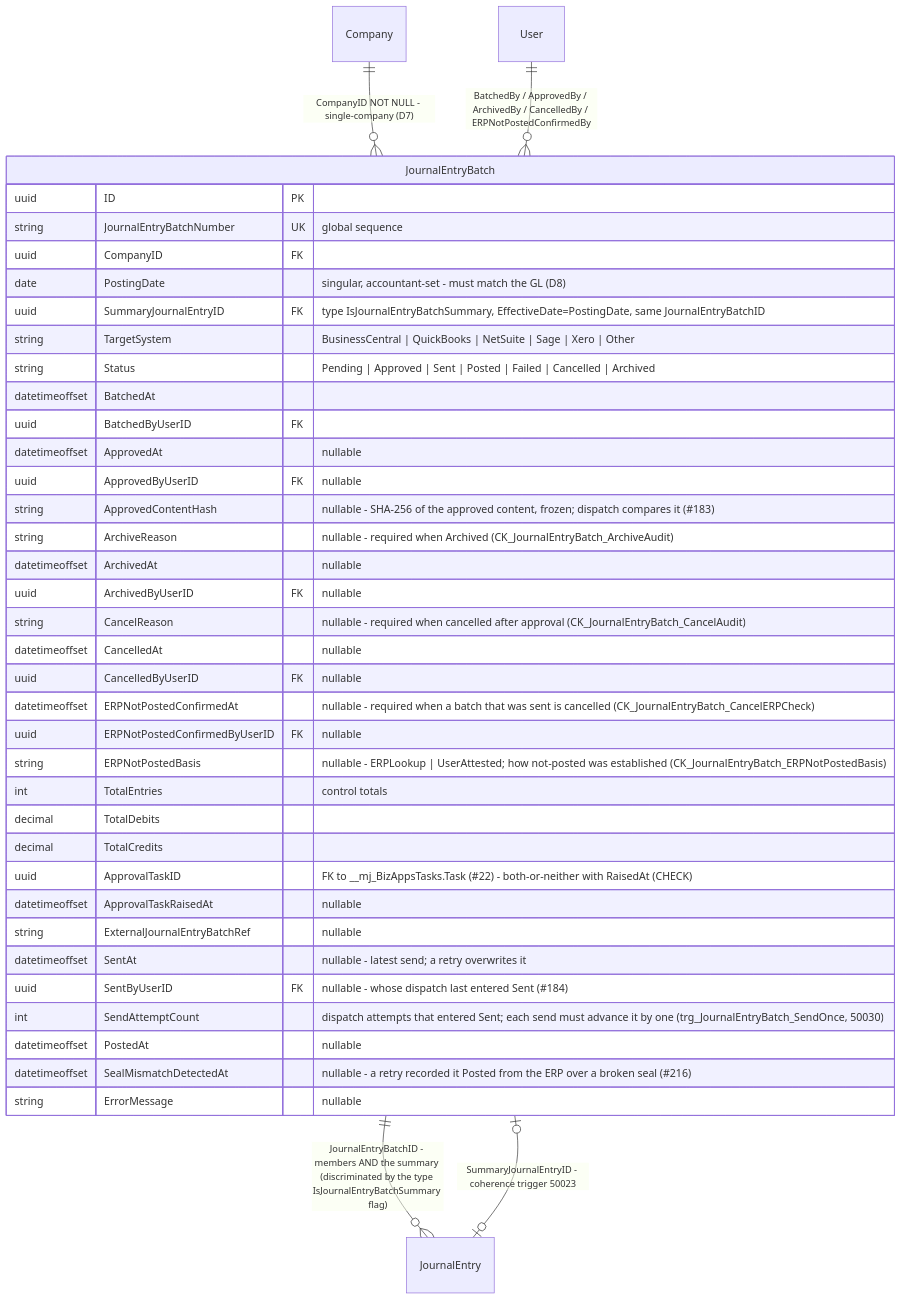
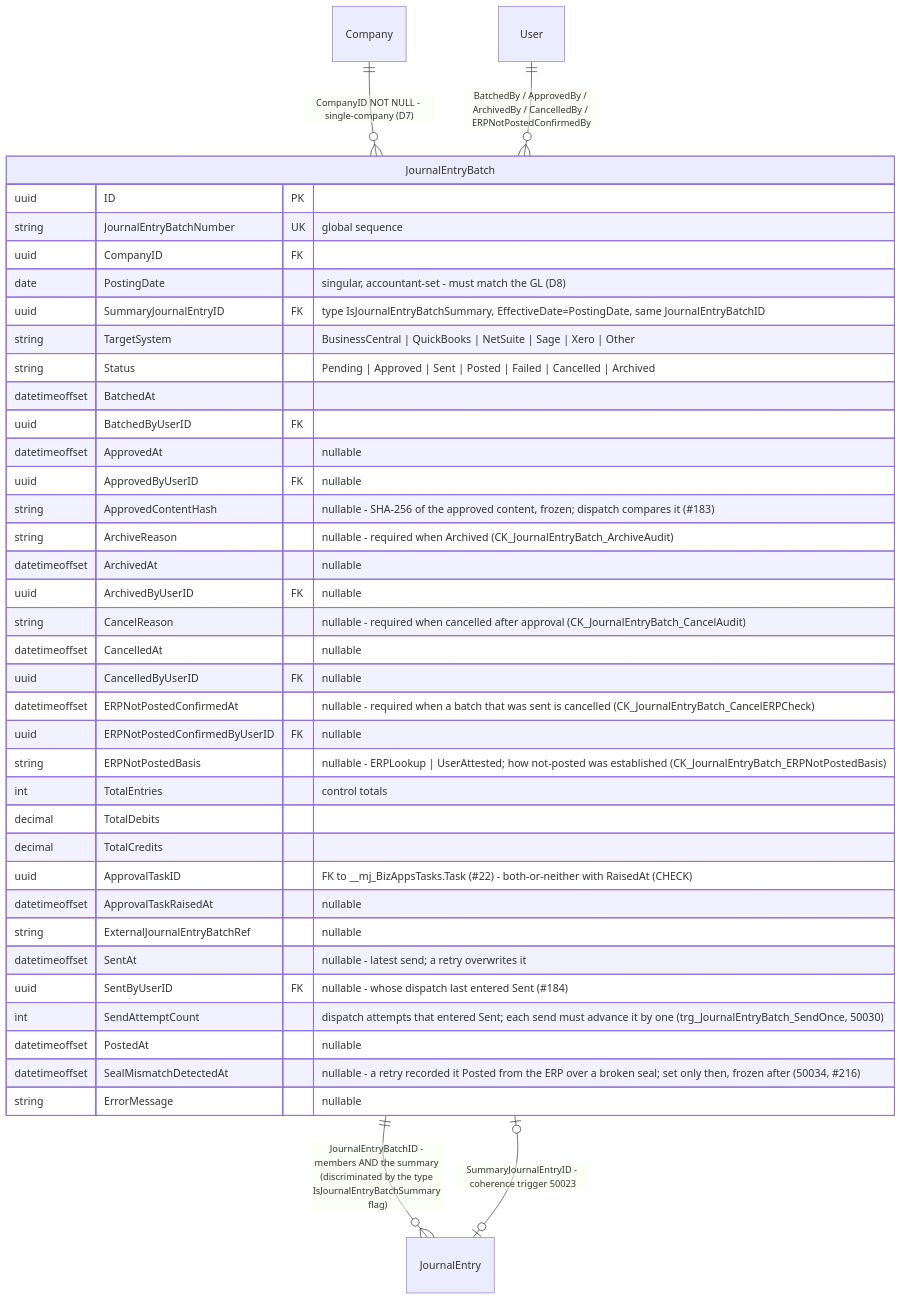
The eighth of 14 diagrams in docs/bizapps-accounting-erd.md (MemberJunction/bizapps-accounting), drawn with Mermaid before and after one commit. The commit also changed other lines of this file and 4 other files, not shown here.

First line of the commit message:
test(accounting): the engine writes SealMismatchDetectedAt only where the frozen-flag rule allows (#216)

````diff
--- a/docs/bizapps-accounting-erd.md
+++ b/docs/bizapps-accounting-erd.md
@@ -734,43 +734,43 @@
 ```mermaid
 erDiagram
     Company ||--o{ JournalEntryBatch : "CompanyID NOT NULL - single-company (D7)"
     JournalEntryBatch ||--o{ JournalEntry : "JournalEntryBatchID - members AND the summary (discriminated by the type IsJournalEntryBatchSummary flag)"
     JournalEntryBatch |o--o| JournalEntry : "SummaryJournalEntryID - coherence trigger 50023"
     User ||--o{ JournalEntryBatch : "BatchedBy / ApprovedBy / ArchivedBy / CancelledBy / ERPNotPostedConfirmedBy"
 
     JournalEntryBatch {
         uuid ID PK
         string JournalEntryBatchNumber UK "global sequence"
         uuid CompanyID FK
         date PostingDate "singular, accountant-set - must match the GL (D8)"
         uuid SummaryJournalEntryID FK "type IsJournalEntryBatchSummary, EffectiveDate=PostingDate, same JournalEntryBatchID"
         string TargetSystem "BusinessCentral | QuickBooks | NetSuite | Sage | Xero | Other"
         string Status "Pending | Approved | Sent | Posted | Failed | Cancelled | Archived"
         datetimeoffset BatchedAt
         uuid BatchedByUserID FK
         datetimeoffset ApprovedAt "nullable"
         uuid ApprovedByUserID FK "nullable"
         string ApprovedContentHash "nullable - SHA-256 of the approved content, frozen; dispatch compares it (#183)"
         string ArchiveReason "nullable - required when Archived (CK_JournalEntryBatch_ArchiveAudit)"
         datetimeoffset ArchivedAt "nullable"
         uuid ArchivedByUserID FK "nullable"
         string CancelReason "nullable - required when cancelled after approval (CK_JournalEntryBatch_CancelAudit)"
         datetimeoffset CancelledAt "nullable"
         uuid CancelledByUserID FK "nullable"
         datetimeoffset ERPNotPostedConfirmedAt "nullable - required when a batch that was sent is cancelled (CK_JournalEntryBatch_CancelERPCheck)"
         uuid ERPNotPostedConfirmedByUserID FK "nullable"
         string ERPNotPostedBasis "nullable - ERPLookup | UserAttested; how not-posted was established (CK_JournalEntryBatch_ERPNotPostedBasis)"
         int TotalEntries "control totals"
         decimal TotalDebits
         decimal TotalCredits
         uuid ApprovalTaskID "FK to __mj_BizAppsTasks.Task (#22) - both-or-neither with RaisedAt (CHECK)"
         datetimeoffset ApprovalTaskRaisedAt "nullable"
         string ExternalJournalEntryBatchRef "nullable"
         datetimeoffset SentAt "nullable - latest send; a retry overwrites it"
         uuid SentByUserID FK "nullable - whose dispatch last entered Sent (#184)"
         int SendAttemptCount "dispatch attempts that entered Sent; each send must advance it by one (trg_JournalEntryBatch_SendOnce, 50030)"
         datetimeoffset PostedAt "nullable"
-        datetimeoffset SealMismatchDetectedAt "nullable - a retry recorded it Posted from the ERP over a broken seal (#216)"
+        datetimeoffset SealMismatchDetectedAt "nullable - a retry recorded it Posted from the ERP over a broken seal; set only then, frozen after (50034, #216)"
         string ErrorMessage "nullable"
     }
 ```
````
